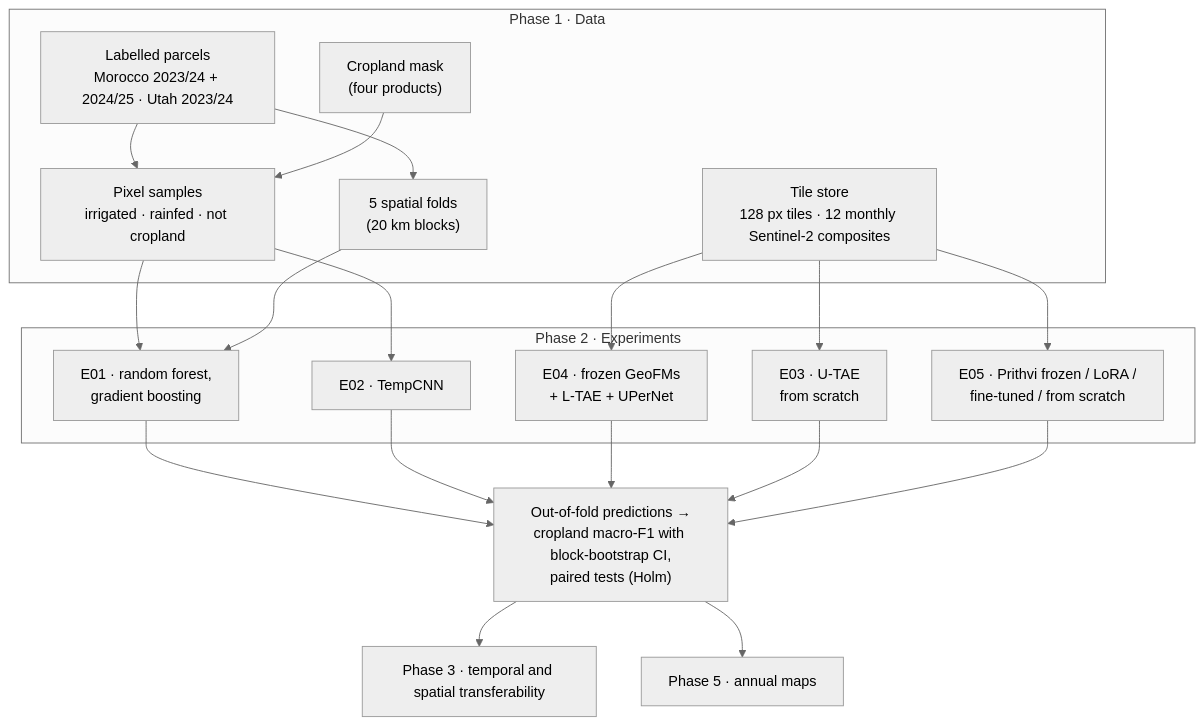
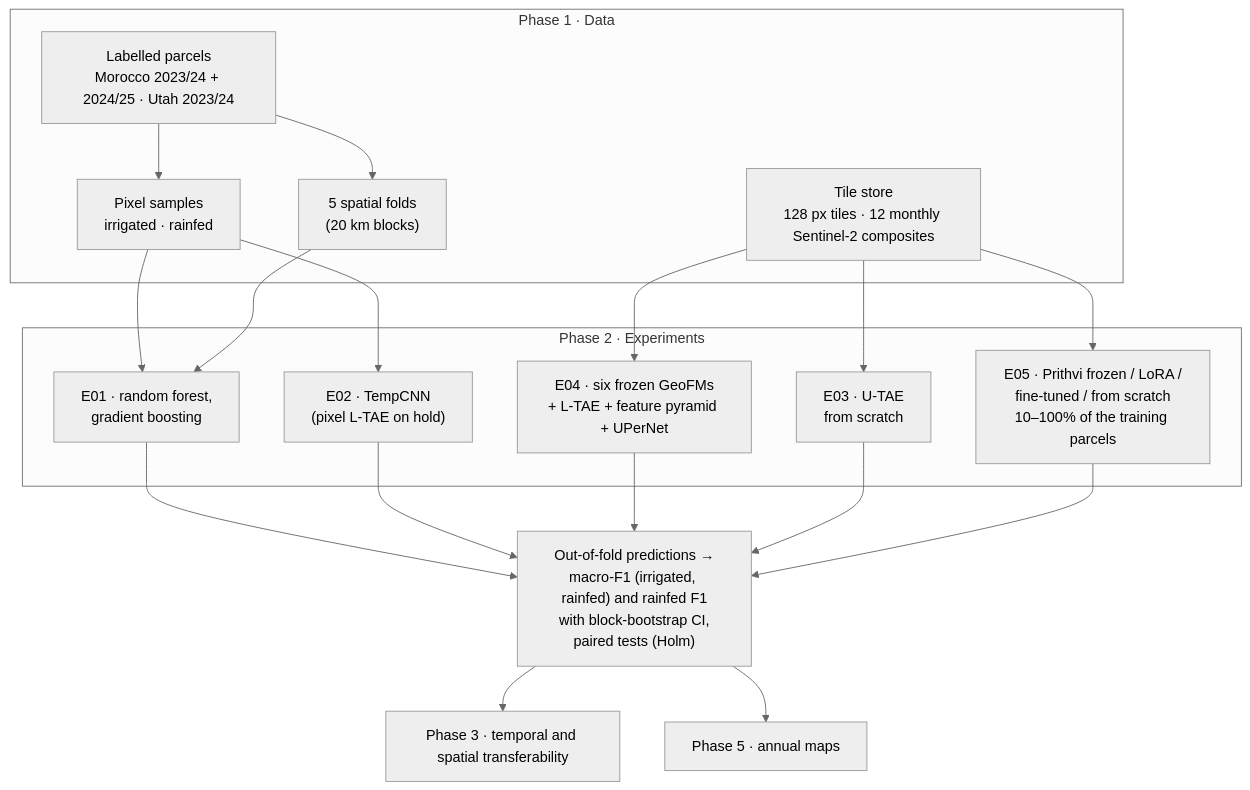
One commit to amanchry/irrimapping-geofm changed the diagram in docs/phase2_models/overview.md. Above: the diagram before and after it, drawn with Mermaid (neutral theme). The commit also changed other lines of this file and 179 other files, not shown here.

First line of the commit message:
Redesign experiments: two classes (irrigated, rainfed), no cropland mask, Morocco first

````diff
--- a/docs/phase2_models/overview.md
+++ b/docs/phase2_models/overview.md
@@ -15,33 +18,31 @@
 ```mermaid
 flowchart TD
     subgraph P1["Phase 1 · Data"]
         L["Labelled parcels<br/>Morocco 2023/24 + 2024/25 · Utah 2023/24"]
-        M["Cropland mask<br/>(four products)"]
-        S["Pixel samples<br/>irrigated · rainfed · not cropland"]
+        S["Pixel samples<br/>irrigated · rainfed"]
         T["Tile store<br/>128 px tiles · 12 monthly Sentinel-2 composites"]
         F["5 spatial folds<br/>(20 km blocks)"]
         L --> S
-        M --> S
         L --> F
     end
     subgraph P2["Phase 2 · Experiments"]
         E1["E01 · random forest,<br/>gradient boosting"]
-        E2["E02 · TempCNN"]
-        E3["E04 · frozen GeoFMs<br/>+ L-TAE + UPerNet"]
+        E2["E02 · TempCNN<br/>(pixel L-TAE on hold)"]
+        E3["E04 · six frozen GeoFMs<br/>+ L-TAE + feature pyramid + UPerNet"]
         E4["E03 · U-TAE<br/>from scratch"]
-        E5["E05 · Prithvi frozen / LoRA /<br/>fine-tuned / from scratch"]
+        E5["E05 · Prithvi frozen / LoRA /<br/>fine-tuned / from scratch<br/>10–100% of the training parcels"]
     end
     S --> E1
     S --> E2
     T --> E3
     T --> E4
     T --> E5
     F --> E1
-    E1 --> R["Out-of-fold predictions →<br/>cropland macro-F1 with block-bootstrap CI,<br/>paired tests (Holm)"]
+    E1 --> R["Out-of-fold predictions →<br/>macro-F1 (irrigated, rainfed) and rainfed F1<br/>with block-bootstrap CI,<br/>paired tests (Holm)"]
     E2 --> R
     E3 --> R
     E4 --> R
     E5 --> R
     R --> P3["Phase 3 · temporal and spatial transferability"]
     R --> P5["Phase 5 · annual maps"]
 ```
````
